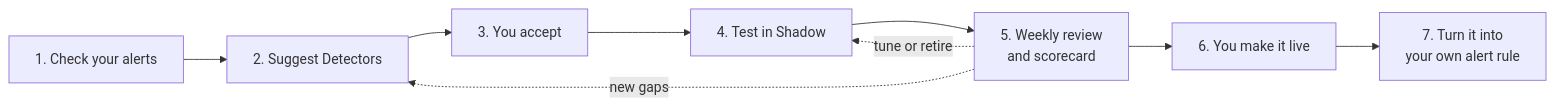
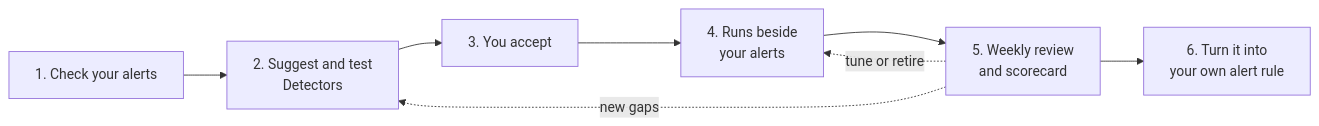
Before and after one commit to nhat-tranvan/docs: the second of 3 diagrams in guide/incident/detectors.mdx, drawn with Mermaid. The commit also changed other lines of this file and 2 other files, not shown here.

Commit message:
docs(resolve): drop Shadow and Live from Detectors; accepted Detectors go straight to triage

````diff
--- a/guide/incident/detectors.mdx
+++ b/guide/incident/detectors.mdx
@@ -72,11 +69,10 @@
 ```mermaid
 flowchart LR
-    A[1. Check your alerts] --> B[2. Suggest Detectors]
+    A[1. Check your alerts] --> B[2. Suggest and test<br/>Detectors]
     B --> C[3. You accept]
-    C --> D[4. Test in Shadow]
+    C --> D[4. Runs beside<br/>your alerts]
     D --> E[5. Weekly review<br/>and scorecard]
-    E --> F[6. You make it live]
-    F --> G[7. Turn it into<br/>your own alert rule]
+    E --> F[6. Turn it into<br/>your own alert rule]
     E -. tune or retire .-> D
     E -. new gaps .-> B
 ```
````
